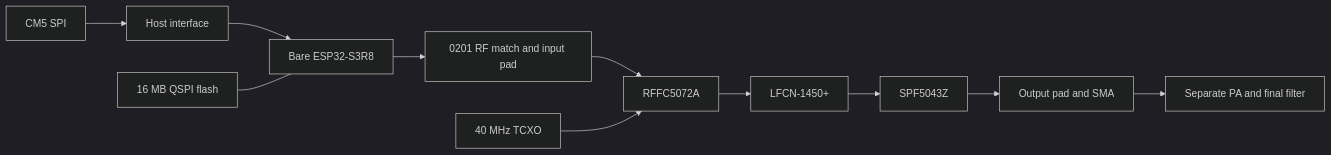
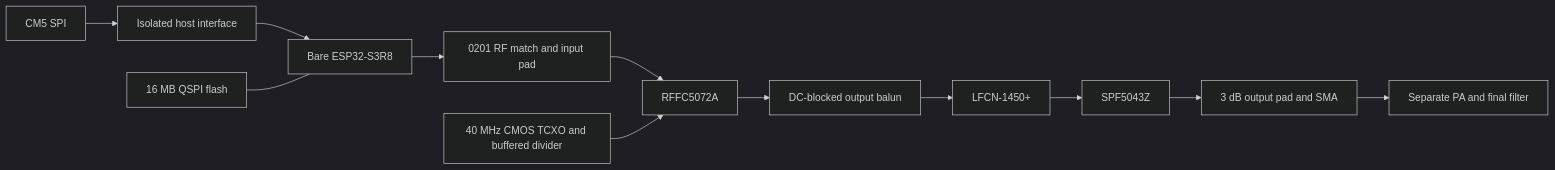
One commit to stanford-ssi/PigeonVision changed the diagram in hardware/yapogee-s3/README.md. Above: the diagram before and after it, drawn with Mermaid (dark theme). The commit also changed other lines of this file and 17 other files, not shown here.

````diff
--- a/hardware/yapogee-s3/README.md
+++ b/hardware/yapogee-s3/README.md
@@ -9,13 +9,14 @@
 ```mermaid
 flowchart LR
-    CM5[CM5 SPI] --> IO[Host interface]
+    CM5[CM5 SPI] --> IO[Isolated host interface]
     IO --> S3[Bare ESP32-S3R8]
     FLASH[16 MB QSPI flash] --- S3
     S3 --> MATCH[0201 RF match and input pad]
     MATCH --> MIX[RFFC5072A]
-    REF[40 MHz TCXO] --> MIX
-    MIX --> LPF[LFCN-1450+]
+    REF[40 MHz CMOS TCXO and buffered divider] --> MIX
+    MIX --> BAL[DC-blocked output balun]
+    BAL --> LPF[LFCN-1450+]
     LPF --> DRV[SPF5043Z]
-    DRV --> OUT[Output pad and SMA]
+    DRV --> OUT[3 dB output pad and SMA]
     OUT --> PA[Separate PA and final filter]
 ```
````
